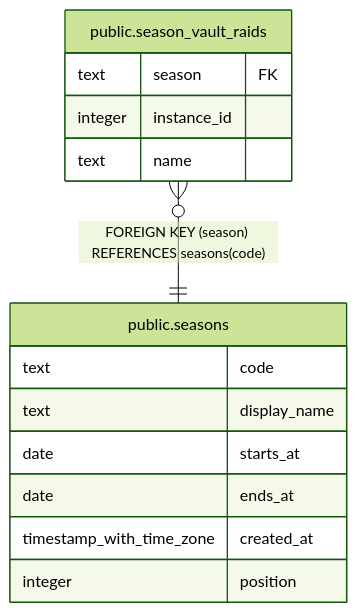
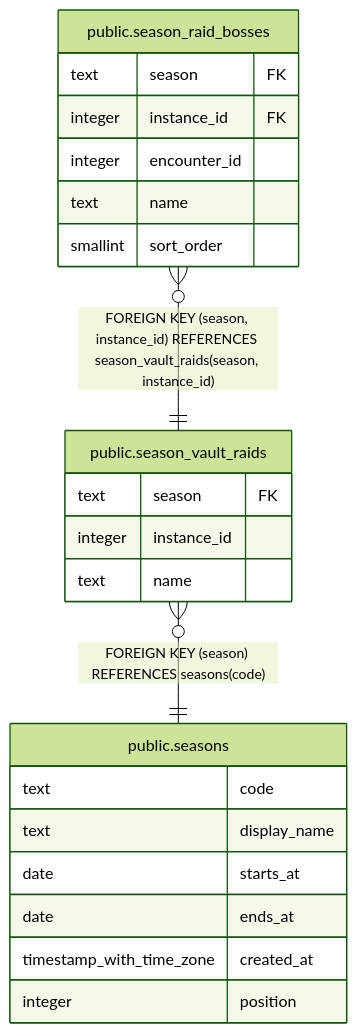
Before and after one commit to katogaming88/WGA-Raid-Hub: the diagram in dbdoc/public.season_vault_raids.md, drawn with Mermaid (forest theme). The commit also changed other lines of this file and 33 other files, not shown here.

Commit message:
#1641: Audit tabs: Great Vault, Raids, Dungeons, Crests, with boss and dungeon names

````diff
--- a/dbdoc/public.season_vault_raids.md
+++ b/dbdoc/public.season_vault_raids.md
@@ -32,19 +32,27 @@
 ```mermaid
 erDiagram
 
 "public.season_vault_raids" }o--|| "public.seasons" : "FOREIGN KEY (season) REFERENCES seasons(code)"
+"public.season_raid_bosses" }o--|| "public.season_vault_raids" : "FOREIGN KEY (season, instance_id) REFERENCES season_vault_raids(season, instance_id)"
 
 "public.season_vault_raids" {
   text season FK
   integer instance_id
   text name
 }
 "public.seasons" {
   text code
   text display_name
   date starts_at
   date ends_at
   timestamp_with_time_zone created_at
   integer position
 }
+"public.season_raid_bosses" {
+  text season FK
+  integer instance_id FK
+  integer encounter_id
+  text name
+  smallint sort_order
+}
 ```
````
